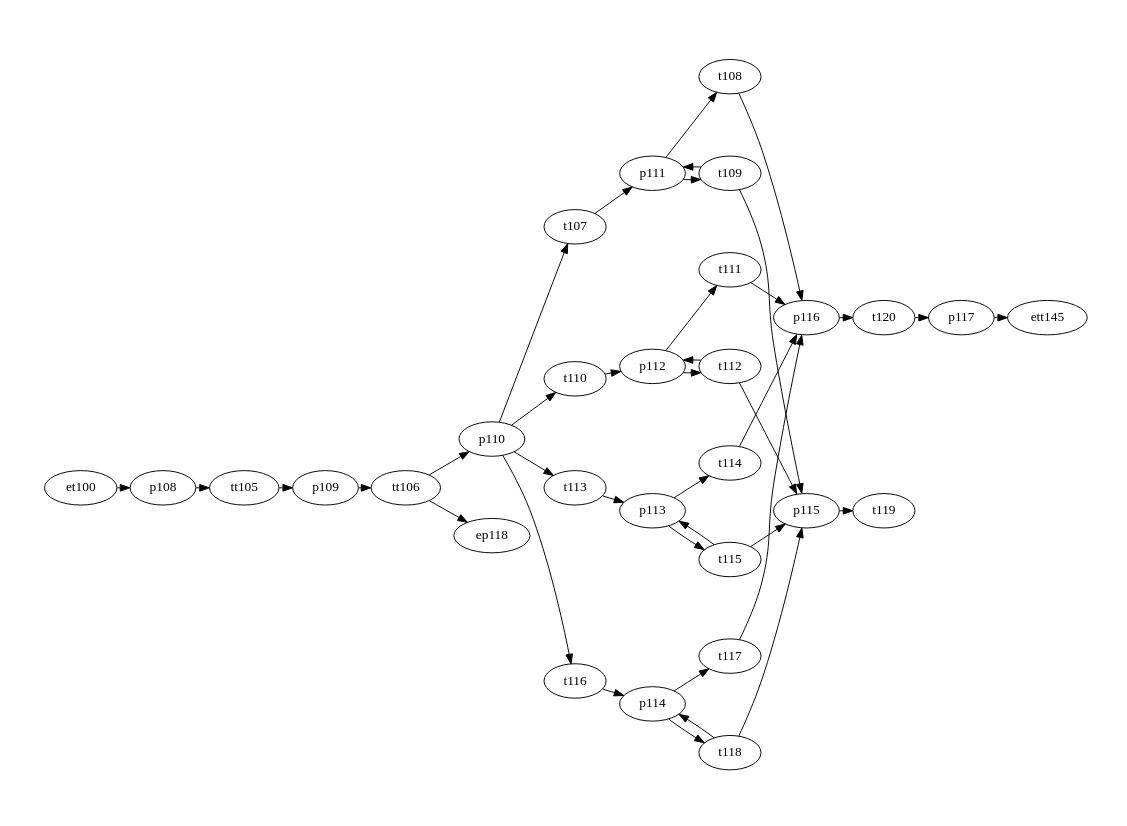
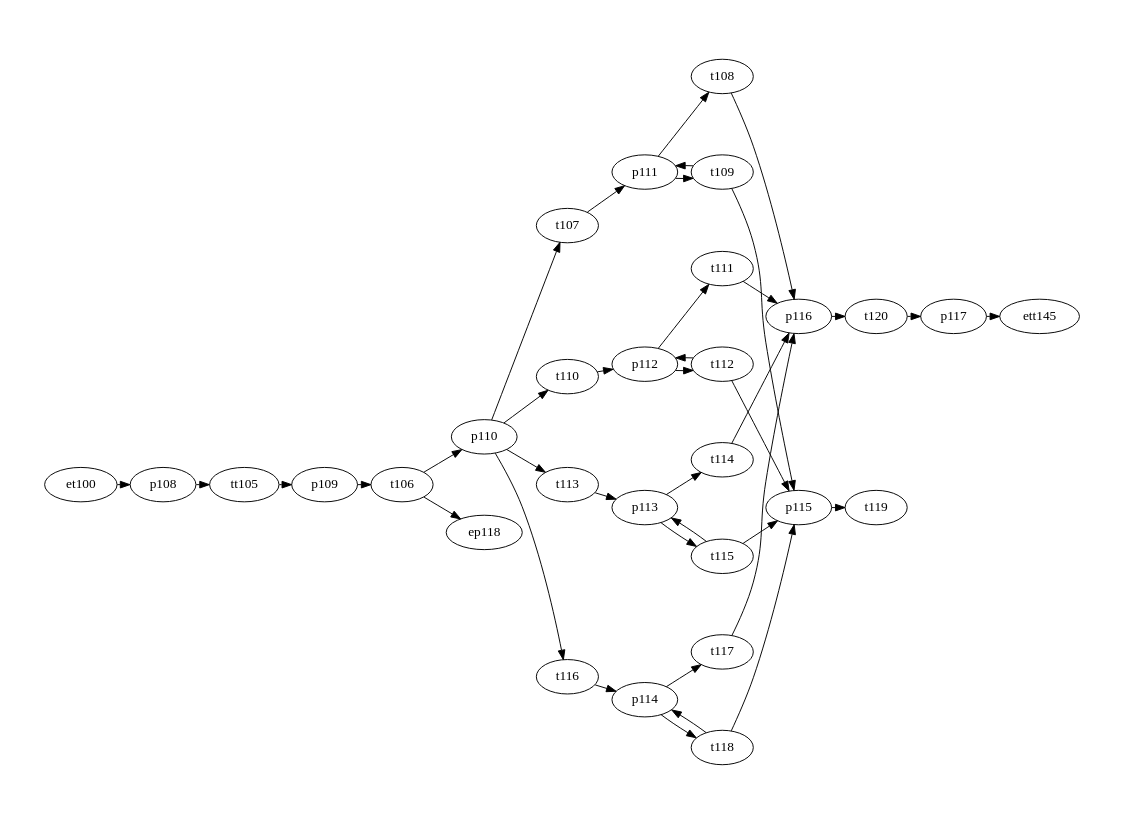
Before and after one commit to Accacio/docsTCC: the diagram in figures/petriNet/partial/storageY.dot, drawn with Graphviz. The commit also changed 54 other files, not shown here.

```diff
--- a/figures/petriNet/partial/storageY.dot
+++ b/figures/petriNet/partial/storageY.dot
@@ -1,121 +1,121 @@
 
 digraph A {
     # splines = ortho
     rankdir=LR;
     ratio=fill
     graph [pad="0.5", nodesep="0.25", ranksep="0.2"];
     margin=0;
     size="11.7,8.3!"
 # PetriNetBegin
 
 ## Modulo armazenador y
 
     p108
     p109
     p110
     p111
     p112
     p113
     p114
     p115
     p116
     p117
 
 
     tt105
-    tt106
+    t106
     t107
     t108
     t109
     t110
     t111
     t112
     t113
     t114
     t115
     t116
     t117
     t118
     t119
     t120
 
 
 # subgraph cluster_7 {
 #   label="Storage (y)";
 #   labelloc = b
 #   style="dashed"
 ## color="red"
 ## pre
 
   p108 -> tt105
-  p109 -> tt106
+  p109 -> t106
 
   p110 -> t107
   p110 -> t110
   p110 -> t113
   p110 -> t116
 
 
   p111 -> t108
   p111 -> t109
 
   p112 -> t111
   p112 -> t112
 
   p113 -> t114
   p113 -> t115
 
   p114 -> t117
   p114 -> t118
   
 
   p115 -> t119
 
   p116 -> t120
 
 
 ## pos
 
   tt105 -> p109
-  tt106 -> p110
+  t106 -> p110
 
   t107 -> p111
   t108 -> p116
   t109 -> p115
   t109 -> p111
        
   t110 -> p112
   t111 -> p116
   t112 -> p115
   t112 -> p112
 
   t113 -> p113
   t114 -> p116
   t115 -> p115
   t115 -> p113
 
   t116 -> p114
   t117 -> p116
   t118 -> p115
   t118 -> p114
 
   t120 -> p117
 
   
   
 
 # }
 
 et100
 
 et100 -> p108
 
 ep118
 
-tt106 -> ep118
+t106 -> ep118
 
 ett145
 p117 -> ett145
 
 # PetriNetEnd
 }
```
